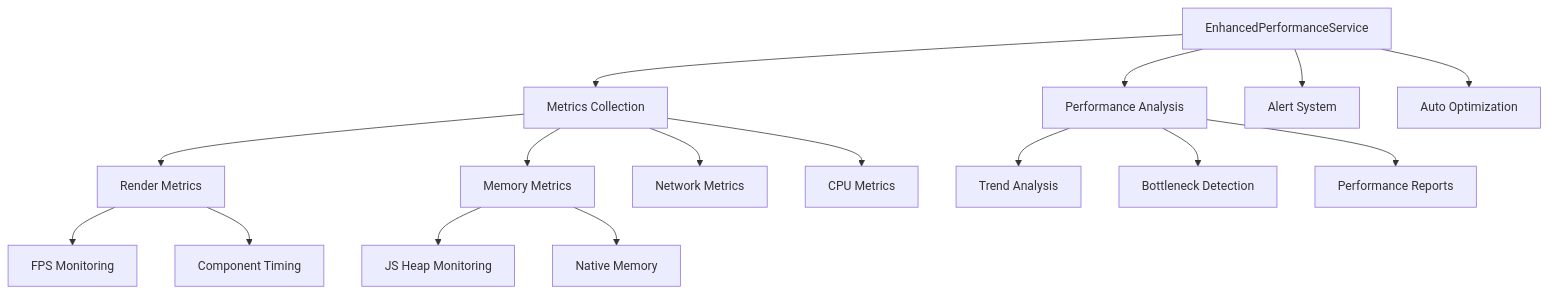
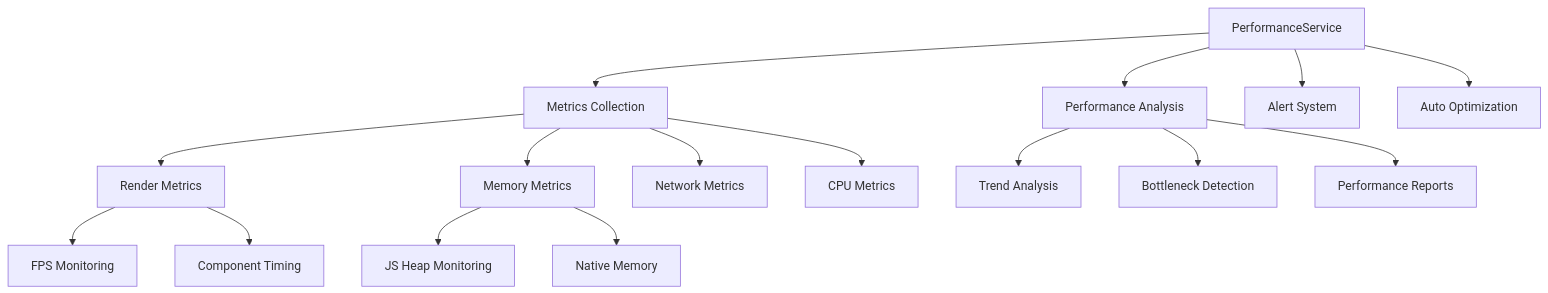
One commit to Yogendra96/Kindred changed diagram 11 of 22 in ARCHITECTURE.md. Above: the diagram before and after it, drawn with Mermaid. The commit also changed other lines of this file and 117 other files, not shown here.

First line of the commit message:
feat(architecture): consolidate APM/analytics services and resolve test suite

````diff
--- a/ARCHITECTURE.md
+++ b/ARCHITECTURE.md
@@ -318,22 +318,22 @@
 ```mermaid
 graph TD
-    PERF[EnhancedPerformanceService] --> METRICS[Metrics Collection]
-    PERF --> ANALYSIS[Performance Analysis]
-    PERF --> ALERTS[Alert System]
-    PERF --> OPTIMIZATION[Auto Optimization]
-    
-    METRICS --> RENDER[Render Metrics]
-    METRICS --> MEMORY[Memory Metrics]
-    METRICS --> NETWORK[Network Metrics]
-    METRICS --> CPU[CPU Metrics]
-    
-    RENDER --> FPS[FPS Monitoring]
-    RENDER --> COMPONENT[Component Timing]
-    
-    MEMORY --> HEAP[JS Heap Monitoring]
-    MEMORY --> NATIVE[Native Memory]
-    
-    ANALYSIS --> TRENDS[Trend Analysis]
-    ANALYSIS --> BOTTLENECKS[Bottleneck Detection]
-    ANALYSIS --> REPORTS[Performance Reports]
+  PERF[PerformanceService] --> METRICS[Metrics Collection]
+  PERF --> ANALYSIS[Performance Analysis]
+  PERF --> ALERTS[Alert System]
+  PERF --> OPTIMIZATION[Auto Optimization]
+  
+  METRICS --> RENDER[Render Metrics]
+  METRICS --> MEMORY[Memory Metrics]
+  METRICS --> NETWORK[Network Metrics]
+  METRICS --> CPU[CPU Metrics]
+  
+  RENDER --> FPS[FPS Monitoring]
+  RENDER --> COMPONENT[Component Timing]
+  
+  MEMORY --> HEAP[JS Heap Monitoring]
+  MEMORY --> NATIVE[Native Memory]
+  
+  ANALYSIS --> TRENDS[Trend Analysis]
+  ANALYSIS --> BOTTLENECKS[Bottleneck Detection]
+  ANALYSIS --> REPORTS[Performance Reports]
 ```
````
